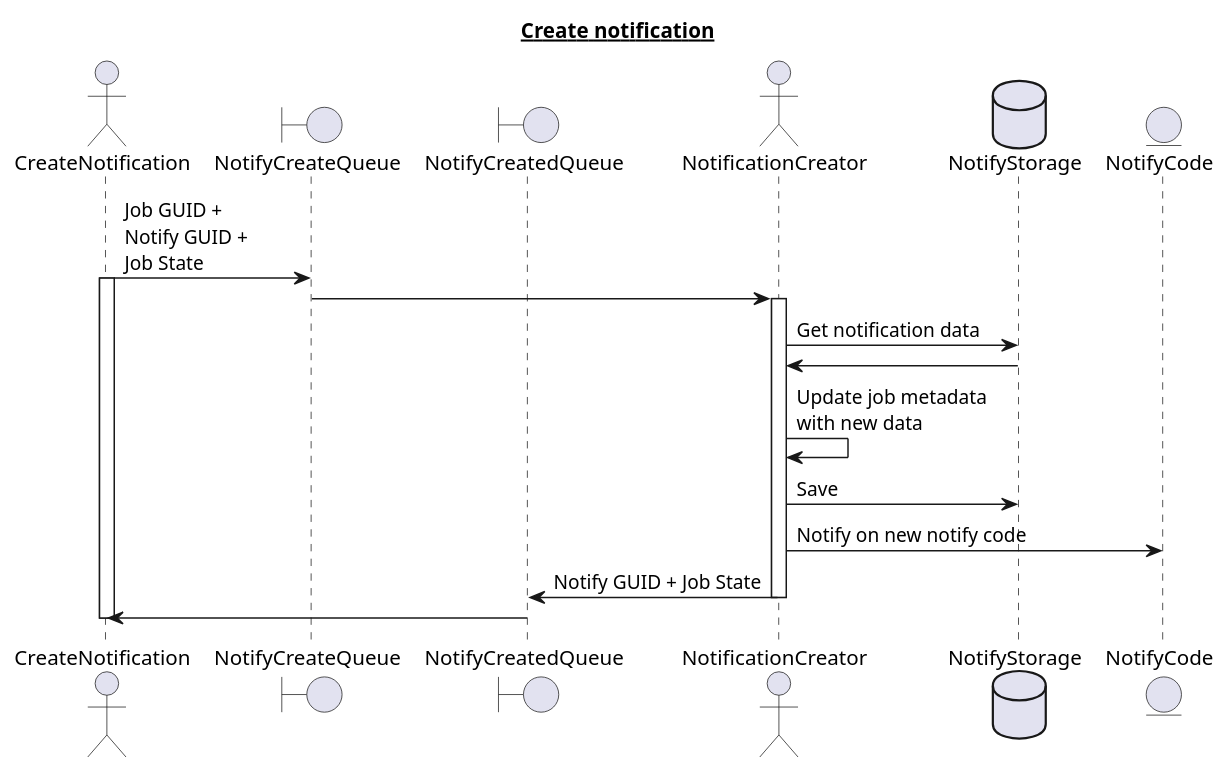
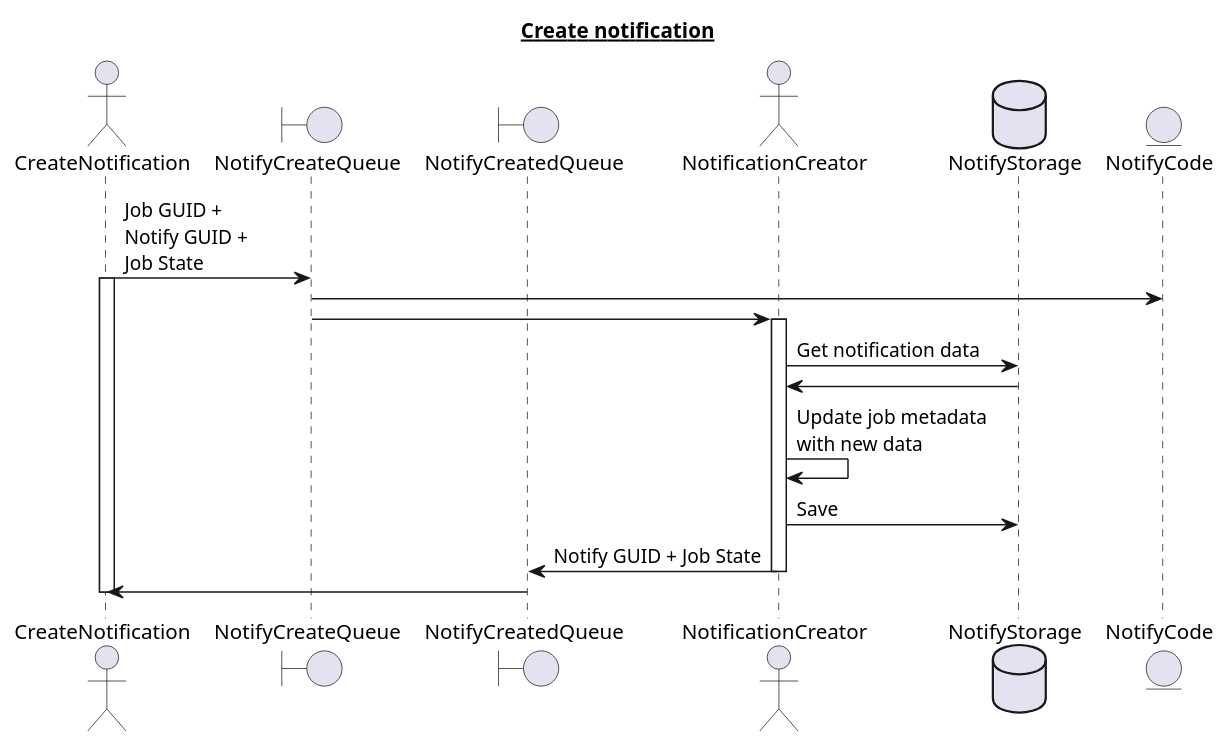
Before and after one commit to mvniekerk/tokio-cron-scheduler: the third of 5 diagrams in design.adoc, drawn with PlantUML. The commit also changed other lines of this file and 5 other files, not shown here.

```diff
--- a/design.adoc
+++ b/design.adoc
@@ -161,25 +161,26 @@
 [plantuml, create_notification_puml, svg]
 ....
 title __Create notification__
 actor       CreateNotification as create
 boundary    NotifyCreateQueue as notify
 boundary    NotifyCreatedQueue as notified
 actor       NotificationCreator  as creator
 database    NotifyStorage  as notifyStorage
 entity      NotifyCode as notifyCode
 
 create -> notify : Job GUID +\nNotify GUID +\nJob State
 activate create
+notify -> notifyCode
 notify -> creator
 activate creator
 creator -> notifyStorage    : Get notification data
 notifyStorage -> creator
 creator -> creator          : Update job metadata\nwith new data
 creator -> notifyStorage    : Save
-creator -> notifyCode       : Notify on new notify code
 creator -> notified         : Notify GUID + Job State
 deactivate creator
 notified -> create
 deactivate create
 
+
 ....
```
